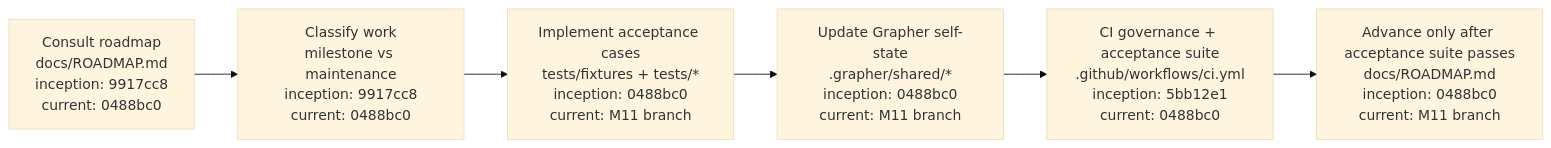
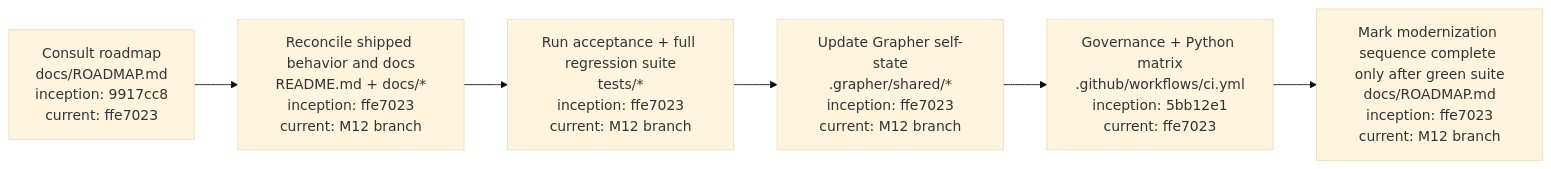
The diagram in docs/ROADMAP.md (seanbman/grapher), drawn with Mermaid (base theme) before and after one commit. The commit also changed other lines of this file, not shown here.

Commit message:
docs: advance roadmap to M12

````diff
--- a/docs/ROADMAP.md
+++ b/docs/ROADMAP.md
@@ -48,11 +48,11 @@
 ```mermaid
 flowchart LR
-    READ["Consult roadmap\ndocs/ROADMAP.md\ninception: 9917cc8\ncurrent: 0488bc0"]
-    CLASSIFY["Classify work\nmilestone vs maintenance\ninception: 9917cc8\ncurrent: 0488bc0"]
-    EXECUTE["Implement acceptance cases\ntests/fixtures + tests/*\ninception: 0488bc0\ncurrent: M11 branch"]
-    GRAPH["Update Grapher self-state\n.grapher/shared/*\ninception: 0488bc0\ncurrent: M11 branch"]
-    CI["CI governance + acceptance suite\n.github/workflows/ci.yml\ninception: 5bb12e1\ncurrent: 0488bc0"]
-    ADVANCE["Advance only after acceptance suite passes\ndocs/ROADMAP.md\ninception: 0488bc0\ncurrent: M11 branch"]
+    READ["Consult roadmap\ndocs/ROADMAP.md\ninception: 9917cc8\ncurrent: ffe7023"]
+    RECONCILE["Reconcile shipped behavior and docs\nREADME.md + docs/*\ninception: ffe7023\ncurrent: M12 branch"]
+    VERIFY["Run acceptance + full regression suite\ntests/*\ninception: ffe7023\ncurrent: M12 branch"]
+    GRAPH["Update Grapher self-state\n.grapher/shared/*\ninception: ffe7023\ncurrent: M12 branch"]
+    CI["Governance + Python matrix\n.github/workflows/ci.yml\ninception: 5bb12e1\ncurrent: ffe7023"]
+    CLOSE["Mark modernization sequence complete only after green suite\ndocs/ROADMAP.md\ninception: ffe7023\ncurrent: M12 branch"]
 
-    READ --> CLASSIFY --> EXECUTE --> GRAPH --> CI --> ADVANCE
+    READ --> RECONCILE --> VERIFY --> GRAPH --> CI --> CLOSE
 ```
````
